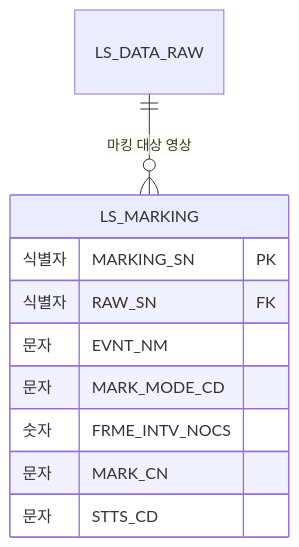
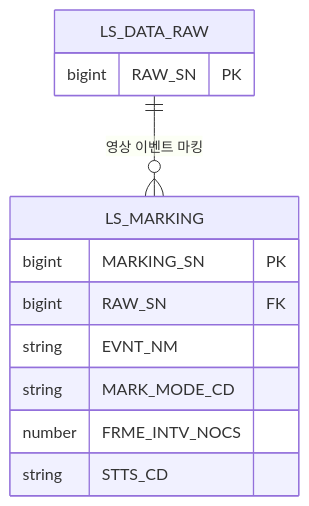
One commit to New-stella/klid-label changed the fourth of 14 diagrams in docs/design/D8-엔티티관계모형설계서.md. Above: the diagram before and after it, drawn with Mermaid. The commit also changed other lines of this file and 7 other files, not shown here.

````diff
--- a/docs/design/D8-엔티티관계모형설계서.md
+++ b/docs/design/D8-엔티티관계모형설계서.md
@@ -153,13 +181,15 @@
 ```mermaid
 erDiagram
-    LS_DATA_RAW ||--o{ LS_MARKING : "마킹 대상 영상"
+    LS_DATA_RAW ||--o{ LS_MARKING : "영상 이벤트 마킹"
+    LS_DATA_RAW {
+        bigint RAW_SN PK
+    }
     LS_MARKING {
-        식별자 MARKING_SN PK
-        식별자 RAW_SN FK
-        문자 EVNT_NM
-        문자 MARK_MODE_CD
-        숫자 FRME_INTV_NOCS
-        문자 MARK_CN
-        문자 STTS_CD
+        bigint MARKING_SN PK
+        bigint RAW_SN FK
+        string EVNT_NM
+        string MARK_MODE_CD
+        number FRME_INTV_NOCS
+        string STTS_CD
     }
 ```
````
